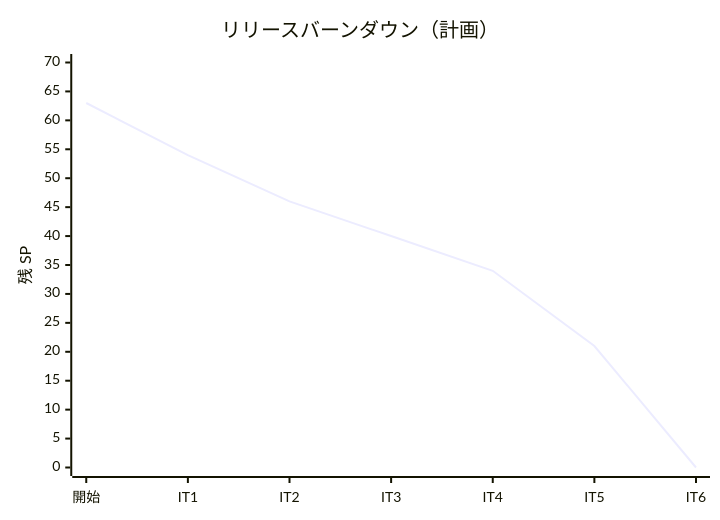
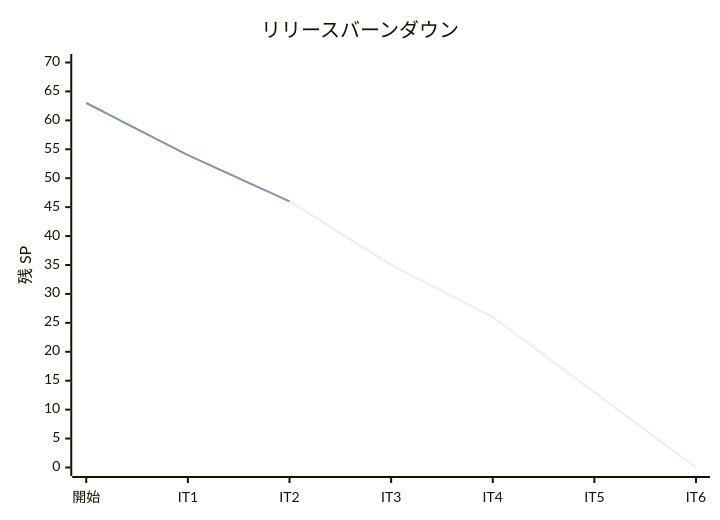
The second of 2 diagrams in docs/development/release_plan.md (k2works/case-study-sdd-development), drawn with Mermaid before and after one commit. The commit also changed other lines of this file and 1 other file, not shown here.

````diff
--- a/docs/development/release_plan.md
+++ b/docs/development/release_plan.md
@@ -329,7 +341,8 @@
 ```mermaid
 xychart-beta
-    title "リリースバーンダウン（計画）"
+    title "リリースバーンダウン"
     x-axis ["開始", "IT1", "IT2", "IT3", "IT4", "IT5", "IT6"]
     y-axis "残 SP" 0 --> 70
-    line "計画" [63, 54, 46, 40, 34, 21, 0]
+    line "計画" [63, 54, 46, 35, 26, 13, 0]
+    line "実績" [63, 54, 46]
 ```
````
